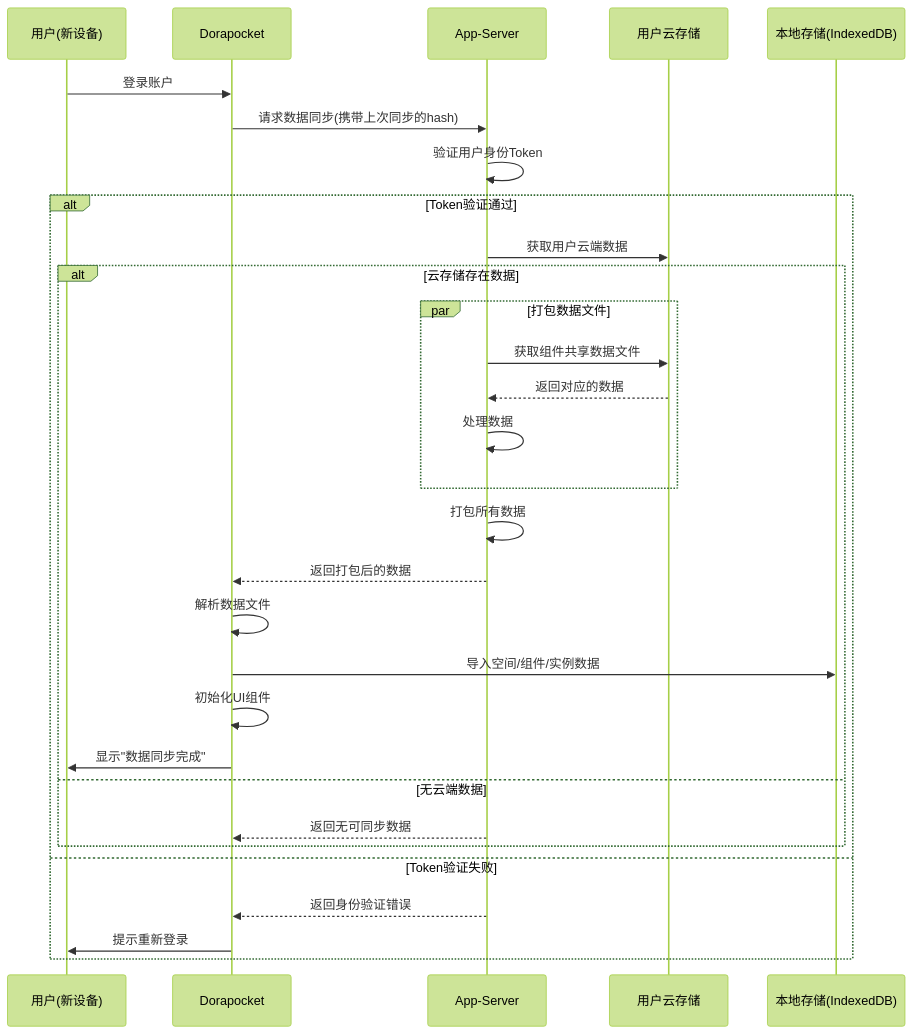
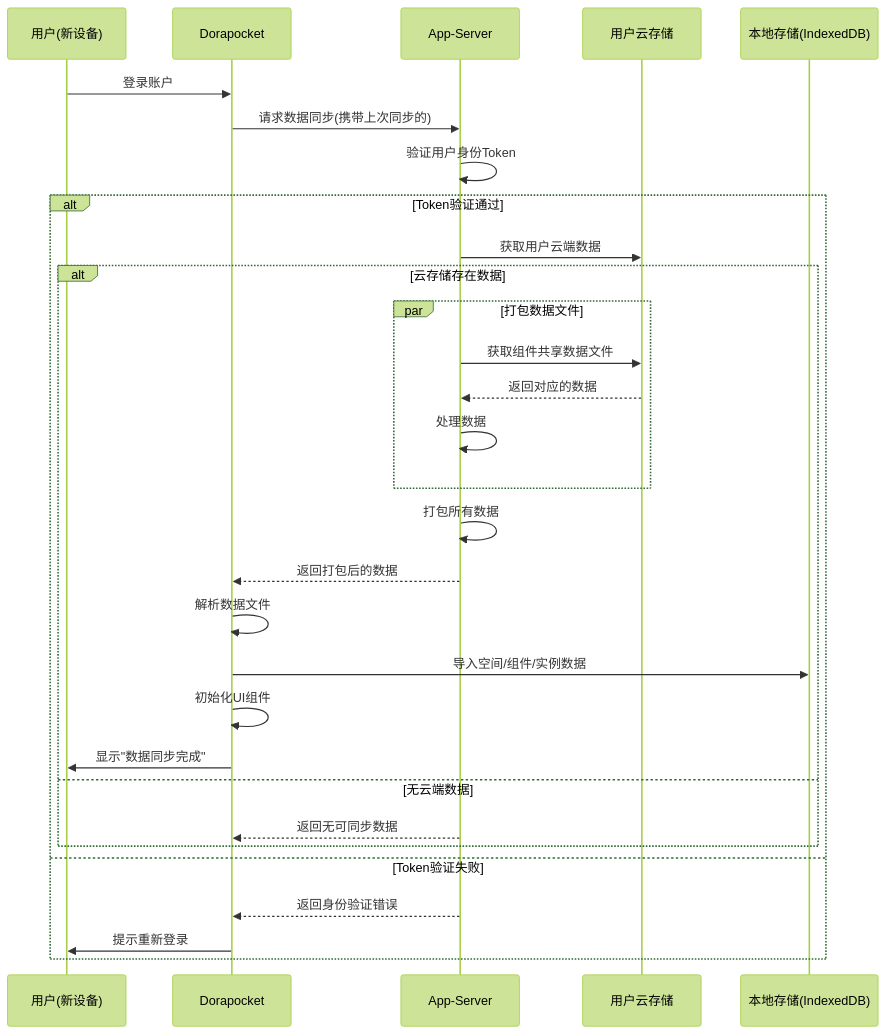
The diagram in all/未命名-38.md (yingjianzh/iodraw-files), drawn with Mermaid (forest theme) before and after one commit.

Commit message:
2025-04-21 14:31:13 update

````diff
--- a/all/未命名-38.md
+++ b/all/未命名-38.md
@@ -1,47 +1,47 @@
 ```mermaid
 
 sequenceDiagram
     participant User as 用户(新设备)
     participant App as Dorapocket
     participant AppServer as App-Server
     participant UserCloud as 用户云存储
     participant LocalDB as 本地存储(IndexedDB)
     
     User->>App: 登录账户
     
-    App->>AppServer: 请求数据同步(携带上次同步的hash)
+    App->>AppServer: 请求数据同步(携带上次同步的)
     AppServer->>AppServer: 验证用户身份Token
     
     alt Token验证通过
         AppServer->>UserCloud: 获取用户云端数据
         
         
         alt 云存储存在数据
             par 打包数据文件
                 AppServer->>UserCloud: 获取组件共享数据文件
                 UserCloud-->>AppServer: 返回对应的数据
                 
                 AppServer->>AppServer: 处理数据
             end
             
             AppServer->>AppServer: 打包所有数据
             AppServer-->>App: 返回打包后的数据
             
             App->>App: 解析数据文件
 
 
             
             App->>LocalDB: 导入空间/组件/实例数据
             
             App->>App: 初始化UI组件
             App->>User: 显示"数据同步完成"
         else 无云端数据
             AppServer-->>App: 返回无可同步数据
     
         end
     else Token验证失败
         AppServer-->>App: 返回身份验证错误
         App->>User: 提示重新登录
     end
 
 ```
````
